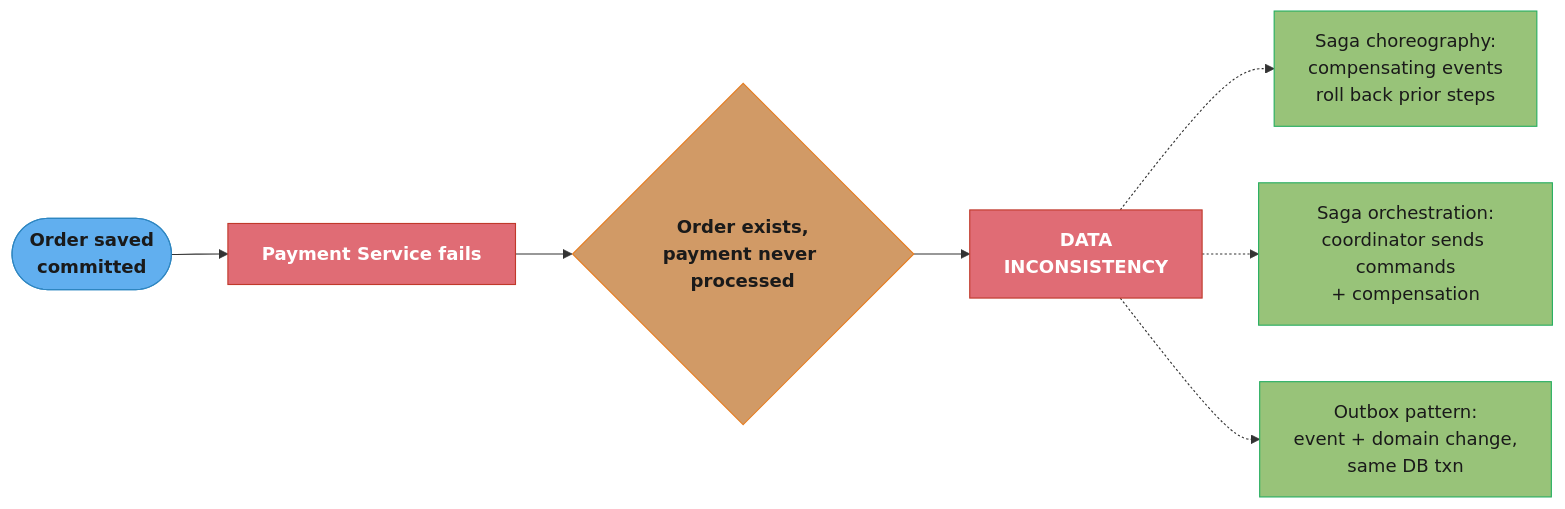
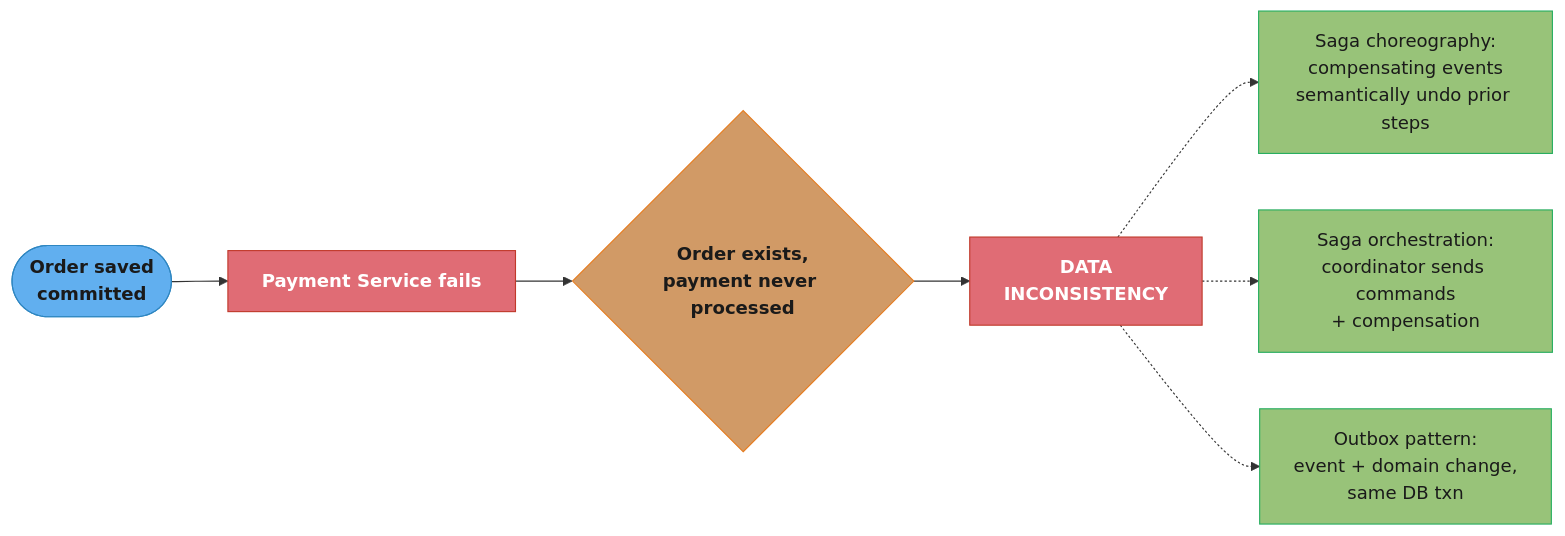
The seventh of 11 diagrams in src/main/java/com/rutik/systemdesign/backend/microservices_fundamentals/README.md (rppol/system-design), drawn with Mermaid before and after one commit. The commit also changed other lines of this file and 9 other files, not shown here.

````diff
--- a/src/main/java/com/rutik/systemdesign/backend/microservices_fundamentals/README.md
+++ b/src/main/java/com/rutik/systemdesign/backend/microservices_fundamentals/README.md
@@ -322,24 +322,24 @@
 ```mermaid
 flowchart LR
     classDef io      fill:#61afef,stroke:#2e86c1,color:#1a1a1a,font-weight:bold
     classDef frozen  fill:#c678dd,stroke:#9b59b6,color:#fff
     classDef train   fill:#98c379,stroke:#27ae60,color:#1a1a1a
     classDef mathOp  fill:#d19a66,stroke:#e67e22,color:#1a1a1a,font-weight:bold
     classDef lossN   fill:#e06c75,stroke:#c0392b,color:#fff,font-weight:bold
     classDef req     fill:#56b6c2,stroke:#0097a7,color:#1a1a1a
     classDef base    fill:#e5c07b,stroke:#f39c12,color:#1a1a1a
 
     A(["Order saved<br/>committed"]) --> B["Payment Service fails"]
     B --> C{"Order exists,<br/>payment never processed"}
     C --> D["DATA<br/>INCONSISTENCY"]
 
-    D -.-> S1["Saga choreography:<br/>compensating events<br/>roll back prior steps"]
+    D -.-> S1["Saga choreography:<br/>compensating events<br/>semantically undo prior steps"]
     D -.-> S2["Saga orchestration:<br/>coordinator sends commands<br/>+ compensation"]
     D -.-> S3["Outbox pattern:<br/>event + domain change,<br/>same DB txn"]
 
     class A io
     class B lossN
     class C mathOp
     class D lossN
     class S1,S2,S3 train
 ```
````
